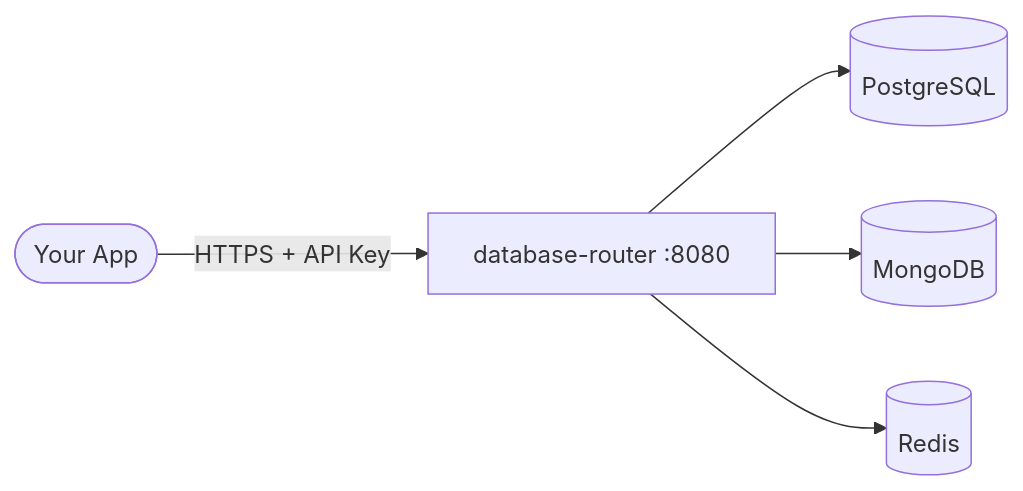
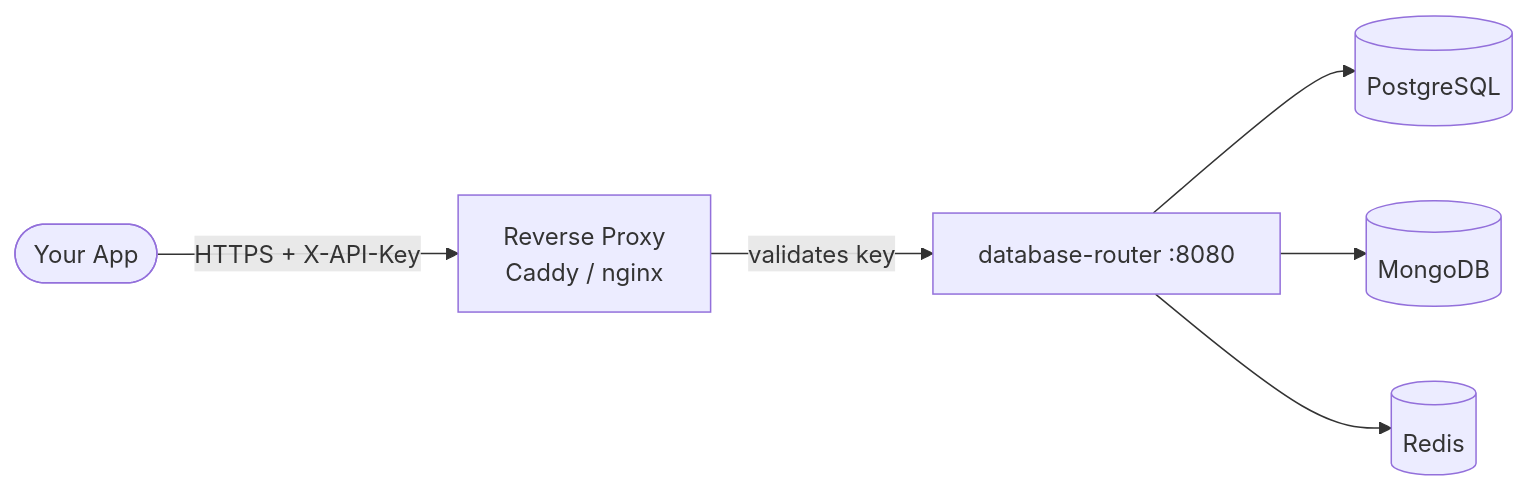
One commit to Xeze-org/Database-Router changed the first of 2 diagrams in README.md. Above: the diagram before and after it, drawn with Mermaid. The commit also changed other lines of this file, not shown here.

````diff
--- a/README.md
+++ b/README.md
@@ -9,7 +27,8 @@
 ```mermaid
 flowchart LR
-    A([Your App]) -->|HTTPS + API Key| B[database-router :8080]
+    A([Your App]) -->|HTTPS + X-API-Key| P[Reverse Proxy\nCaddy / nginx]
+    P -->|validates key| B[database-router :8080]
     B --> C[(PostgreSQL)]
     B --> D[(MongoDB)]
     B --> E[(Redis)]
 ```
````
